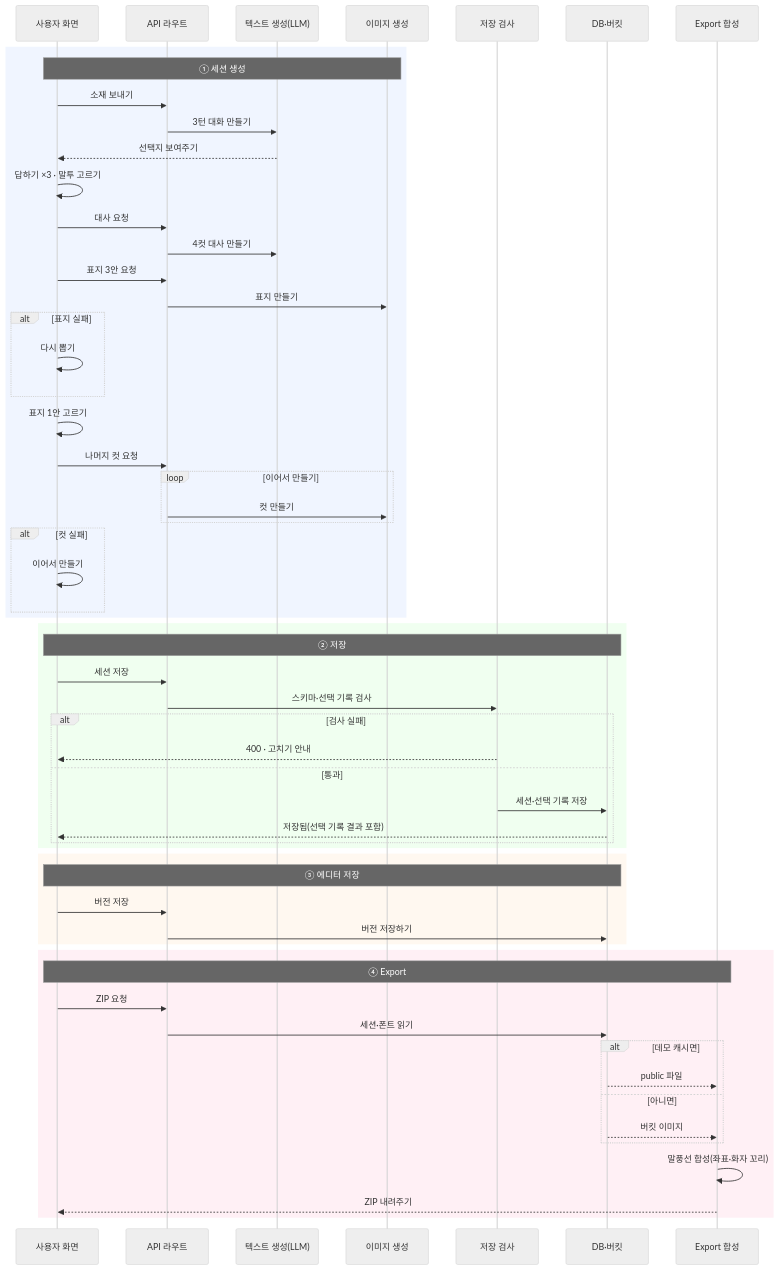
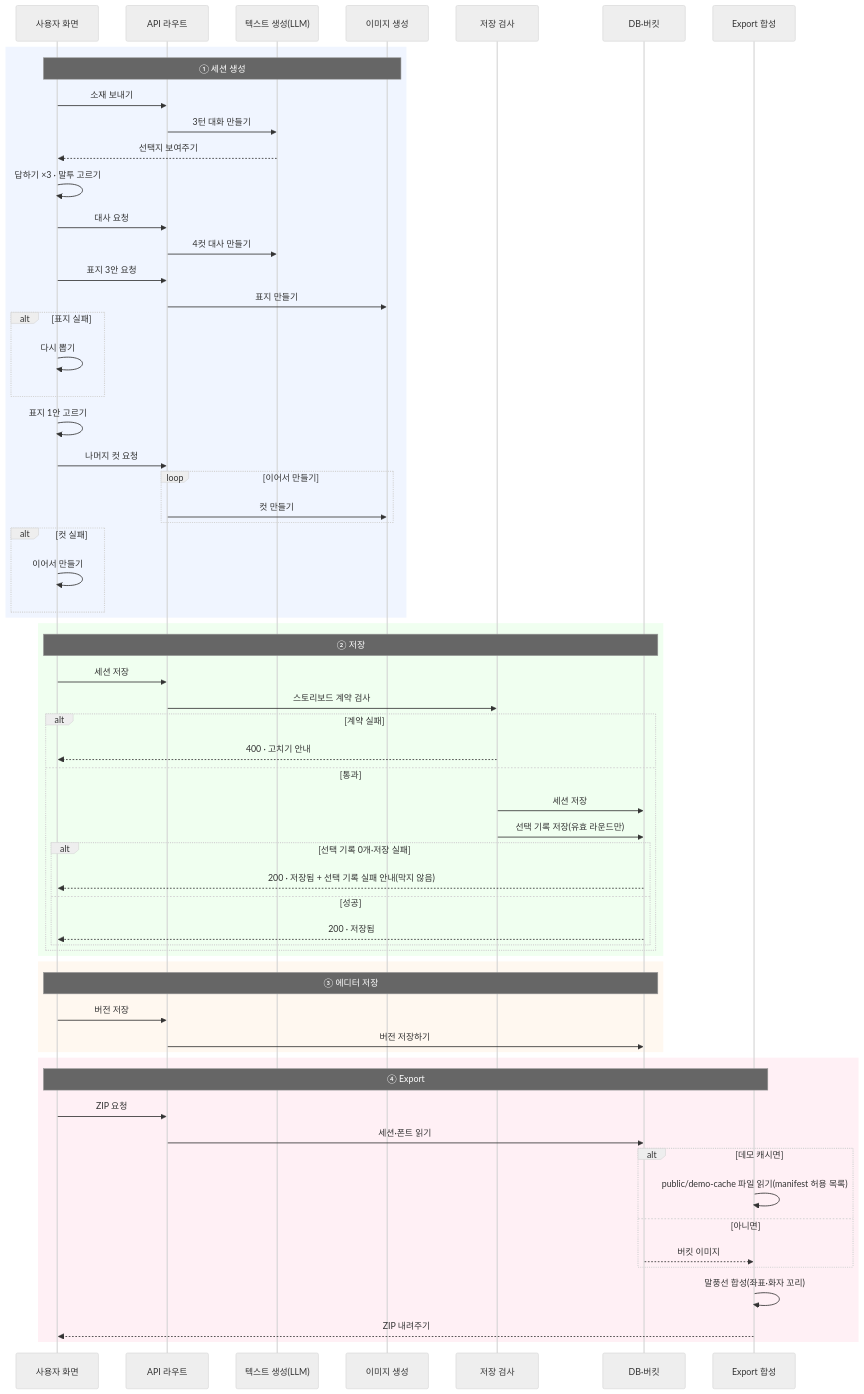
Before and after one commit to chictimin/cuttoon-copilot: the second of 3 diagrams in docs/flows.md, drawn with Mermaid (neutral theme). The commit also changed other lines of this file and 1 other file, not shown here.

Commit message:
docs(flows): #315 상주 검토 조건 2건 + 데모 캐시 서술 정정
- 저장: 400은 스토리보드 계약 실패만, 선택 기록 0개·실패는 200 + 비차단 안내
- 경고: "나갔다 들어오면" → 생성 중·미저장 상태의 새로고침·탭 닫기(#320 범위 포함)
- Export: 데모 캐시는 DB·버킷이 아니라 public/demo-cache 파일(smartman #315 리뷰)
- operations: public/demo-cache가 #310으로 만들어졌음을 반영

````diff
--- a/docs/flows.md
+++ b/docs/flows.md
@@ -47,64 +47,69 @@
 ```mermaid
 sequenceDiagram
   participant U as 사용자 화면
   participant A as API 라우트
   participant T as 텍스트 생성(LLM)
   participant G as 이미지 생성
   participant V as 저장 검사
   participant D as DB·버킷
   participant E as Export 합성
 
   rect rgb(240, 245, 255)
   Note over U,G: ① 세션 생성
   U->>A: 소재 보내기
   A->>T: 3턴 대화 만들기
   T-->>U: 선택지 보여주기
   U->>U: 답하기 ×3 · 말투 고르기
   U->>A: 대사 요청
   A->>T: 4컷 대사 만들기
   U->>A: 표지 3안 요청
   A->>G: 표지 만들기
   alt 표지 실패
     U->>U: 다시 뽑기
   end
   U->>U: 표지 1안 고르기
   U->>A: 나머지 컷 요청
   loop 이어서 만들기
     A->>G: 컷 만들기
   end
   alt 컷 실패
     U->>U: 이어서 만들기
   end
   end
 
   rect rgb(240, 255, 240)
   Note over U,D: ② 저장
   U->>A: 세션 저장
-  A->>V: 스키마·선택 기록 검사
-  alt 검사 실패
+  A->>V: 스토리보드 계약 검사
+  alt 계약 실패
     V-->>U: 400 · 고치기 안내
   else 통과
-    V->>D: 세션·선택 기록 저장
-    D-->>U: 저장됨(선택 기록 결과 포함)
+    V->>D: 세션 저장
+    V->>D: 선택 기록 저장(유효 라운드만)
+    alt 선택 기록 0개·저장 실패
+      D-->>U: 200 · 저장됨 + 선택 기록 실패 안내(막지 않음)
+    else 성공
+      D-->>U: 200 · 저장됨
+    end
   end
   end
 
   rect rgb(255, 248, 240)
   Note over U,D: ③ 에디터 저장
   U->>A: 버전 저장
   A->>D: 버전 저장하기
   end
 
   rect rgb(255, 240, 245)
   Note over U,E: ④ Export
   U->>A: ZIP 요청
   A->>D: 세션·폰트 읽기
   alt 데모 캐시면
-    D-->>E: public 파일
+    E->>E: public/demo-cache 파일 읽기(manifest 허용 목록)
   else 아니면
     D-->>E: 버킷 이미지
   end
   E->>E: 말풍선 합성(좌표·화자 꼬리)
   E-->>U: ZIP 내려주기
   end
 ```
````
